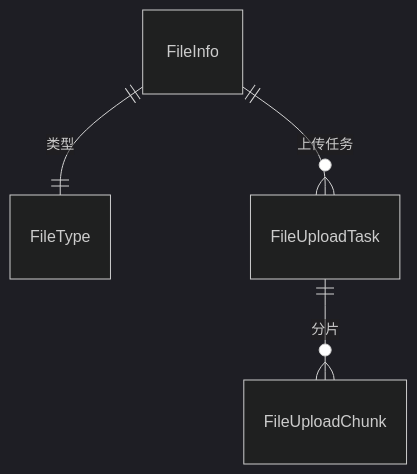
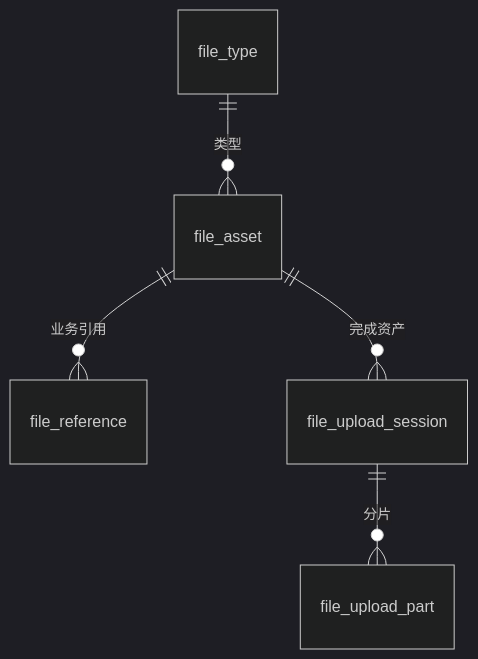
Before and after one commit to yangxj96/spectra-docs: the sixth of 7 diagrams in docs/30-数据模型/10-ER图.md, drawn with Mermaid (dark theme). The commit also changed other lines of this file and 15 other files, not shown here.

````diff
--- a/docs/30-数据模型/10-ER图.md
+++ b/docs/30-数据模型/10-ER图.md
@@ -104,6 +104,7 @@
 ```mermaid
 erDiagram
-    FileInfo ||--|| FileType : "类型"
-    FileInfo ||--o{ FileUploadTask : "上传任务"
-    FileUploadTask ||--o{ FileUploadChunk : "分片"
+    file_type ||--o{ file_asset : "类型"
+    file_asset ||--o{ file_reference : "业务引用"
+    file_asset ||--o{ file_upload_session : "完成资产"
+    file_upload_session ||--o{ file_upload_part : "分片"
 ```
````
